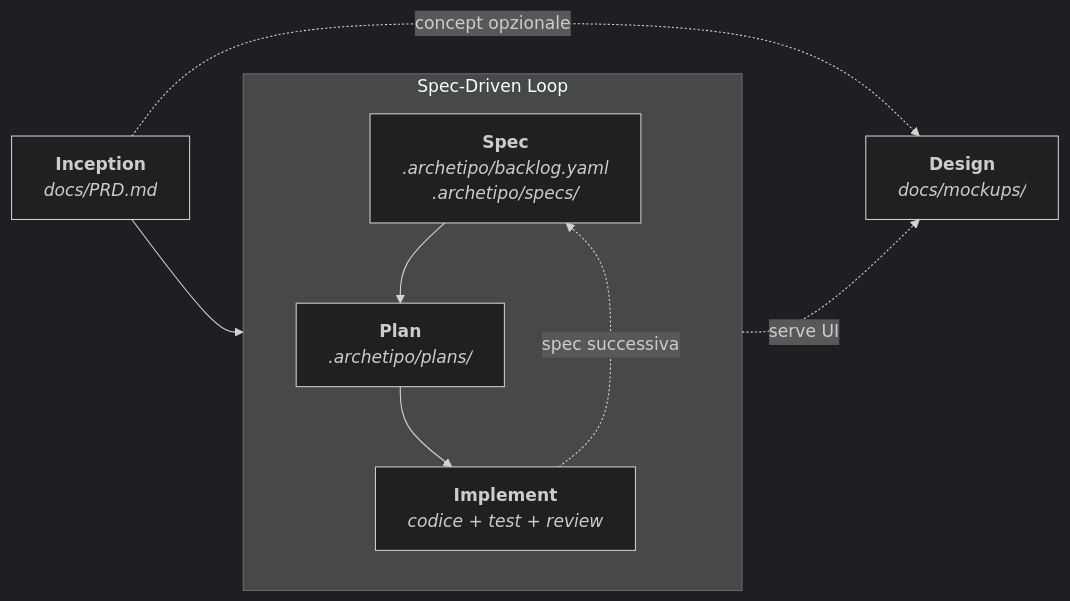
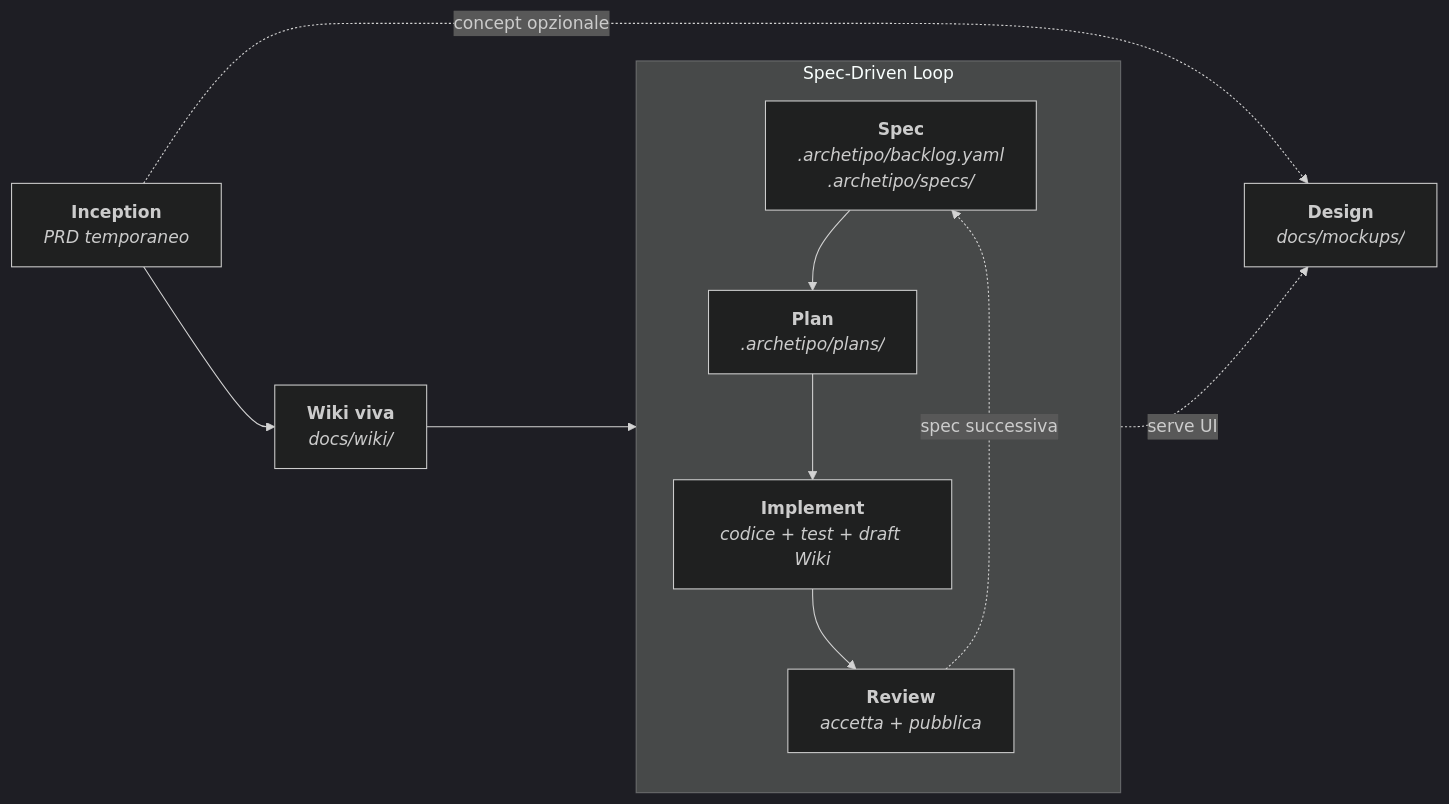
Before and after one commit to techreloaded-ar/ARchetipo: the diagram in README.it.md, drawn with Mermaid (dark theme). The commit also changed other lines of this file and 8 other files, not shown here.

Commit message:
test(wiki): cover lifecycle and project diagnostics

````diff
--- a/README.it.md
+++ b/README.it.md
@@ -83,14 +83,16 @@
 ```mermaid
 flowchart LR
-    I["<b>Inception</b><br/><i>docs/PRD.md</i>"] --> S
+    I["<b>Inception</b><br/><i>PRD temporaneo</i>"] --> W["<b>Wiki viva</b><br/><i>docs/wiki/</i>"]
+    W --> S
     I -. concept opzionale .-> D["<b>Design</b><br/><i>docs/mockups/</i>"]
 
     subgraph Loop["Spec-Driven Loop"]
         direction TB
         S["<b>Spec</b><br/><i>.archetipo/backlog.yaml<br/>.archetipo/specs/</i>"] --> P["<b>Plan</b><br/><i>.archetipo/plans/</i>"]
-        P --> IM["<b>Implement</b><br/><i>codice + test + review</i>"]
-        IM -. spec successiva .-> S
+        P --> IM["<b>Implement</b><br/><i>codice + test + draft Wiki</i>"]
+        IM --> R["<b>Review</b><br/><i>accetta + pubblica</i>"]
+        R -. spec successiva .-> S
     end
 
     P -. serve UI .-> D
 ```
````
